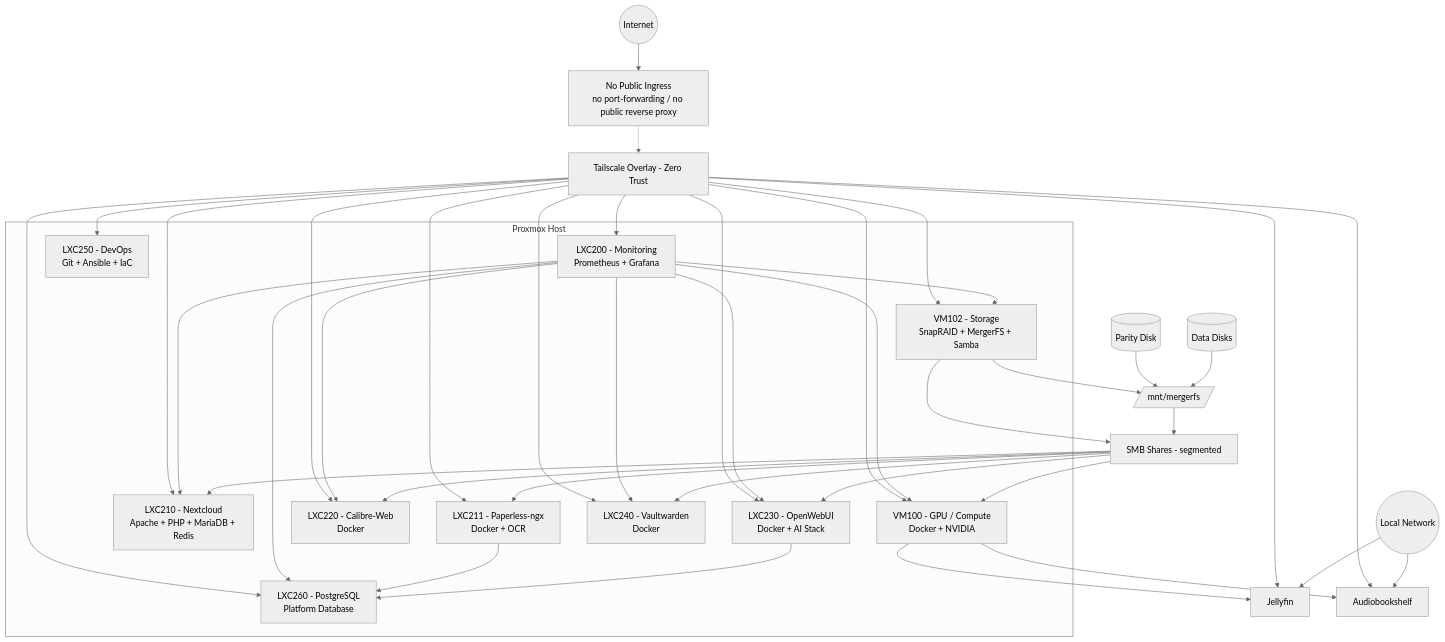
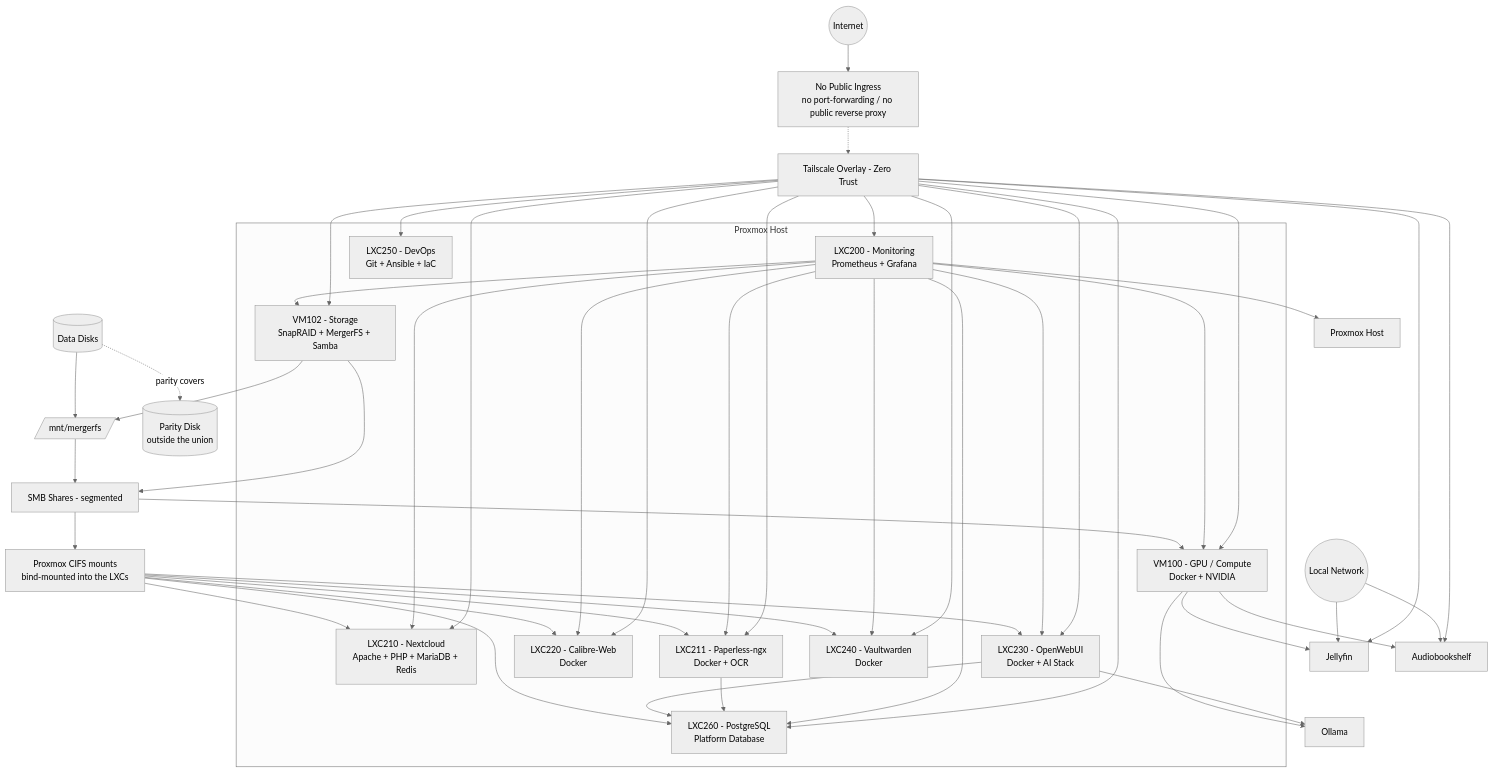
One commit to sohanreddyk/homelab-server-architecture changed the diagram in docs/architecture/diagram.md. Above: the diagram before and after it, drawn with Mermaid (neutral theme). The commit also changed other lines of this file and 21 other files, not shown here.

```diff
--- a/docs/architecture/diagram.md
+++ b/docs/architecture/diagram.md
@@ -34,23 +36,27 @@
 
   %% Storage Internals
   Disks[(Data Disks)]
-  Parity[(Parity Disk)]
+  Parity[(Parity Disk<br/>outside the union)]
   MergerFS[/mnt/mergerfs/]
   Samba[SMB Shares - segmented]
+  HostCIFS[Proxmox CIFS mounts<br/>bind-mounted into the LXCs]
 
   Disks --> MergerFS
-  Parity --> MergerFS
+  Disks -.parity covers.-> Parity
   MergerFS --> Samba
   VM102 --> MergerFS
   VM102 --> Samba
 
   %% Storage Consumers
+  %% VM100 mounts CIFS itself; the LXCs do not - the host mounts and binds in.
   Samba --> VM100
-  Samba --> LXC210
-  Samba --> LXC211
-  Samba --> LXC220
-  Samba --> LXC230
-  Samba --> LXC240
+  Samba --> HostCIFS
+  HostCIFS --> LXC210
+  HostCIFS --> LXC211
+  HostCIFS --> LXC220
+  HostCIFS --> LXC230
+  HostCIFS --> LXC240
+  HostCIFS --> LXC260
 
   %% Database Dependency
   LXC230 --> LXC260
@@ -59,11 +65,16 @@
   %% VM100 Services
   VM100 --> Jellyfin[Jellyfin]
   VM100 --> ABS[Audiobookshelf]
+  VM100 --> Ollama[Ollama]
+  LXC230 --> Ollama
 
-  %% Monitoring Targets
+  %% Monitoring Targets - LXC250 is absent on purpose: it is in no inventory group
+  %% and therefore in no scrape config. That gap is the point, not an omission.
+  LXC200 --> Host[Proxmox Host]
   LXC200 --> VM102
   LXC200 --> VM100
   LXC200 --> LXC210
+  LXC200 --> LXC211
   LXC200 --> LXC220
   LXC200 --> LXC230
   LXC200 --> LXC240
```
